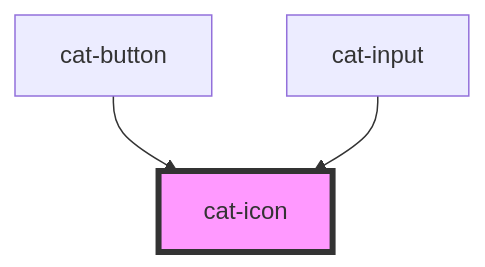
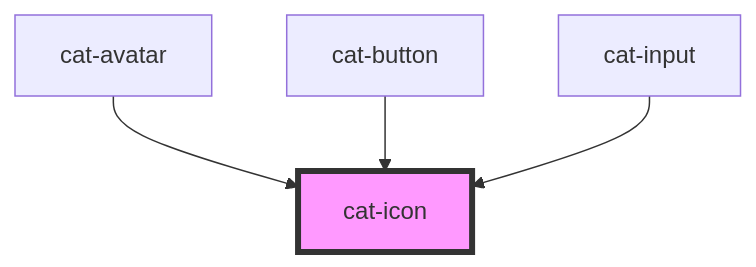
One commit to haiilo/catalyst changed the diagram in core/src/components/cat-icon/readme.md. Above: the diagram before and after it, drawn with Mermaid. The commit also changed other lines of this file and 4 other files, not shown here.

````diff
--- a/core/src/components/cat-icon/readme.md
+++ b/core/src/components/cat-icon/readme.md
@@ -30,6 +31,7 @@
 ```mermaid
 graph TD;
+  cat-avatar --> cat-icon
   cat-button --> cat-icon
   cat-input --> cat-icon
   style cat-icon fill:#f9f,stroke:#333,stroke-width:4px
 ```
````
